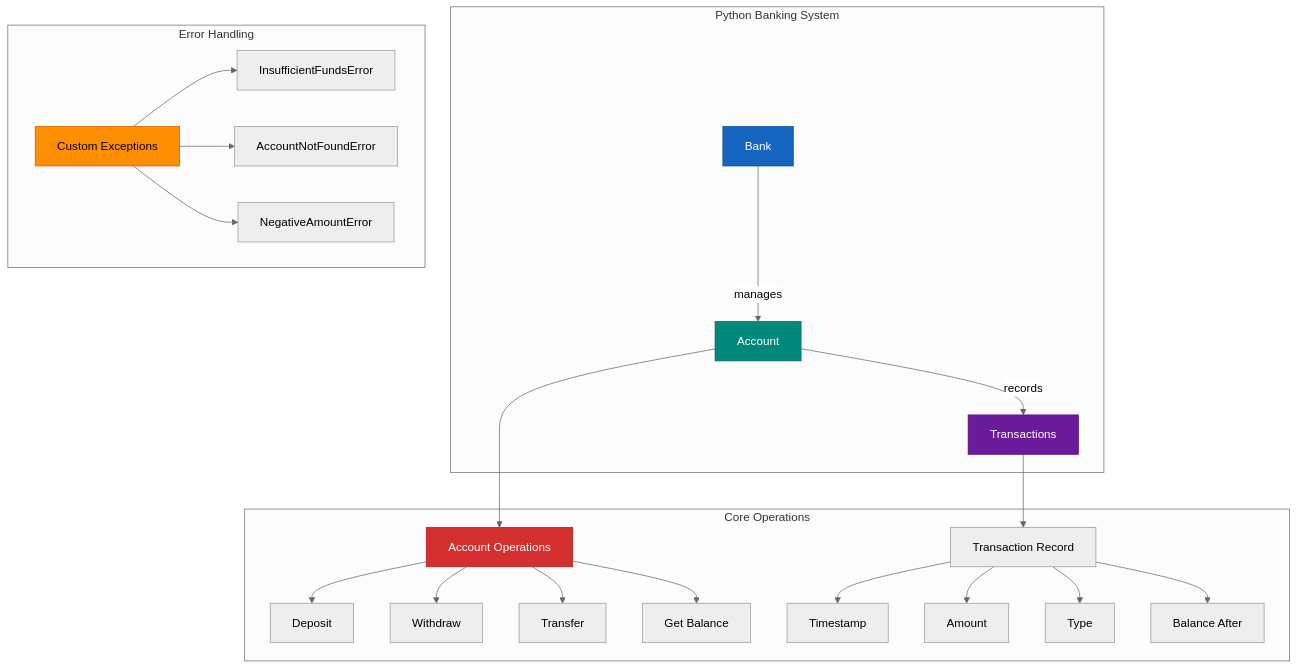
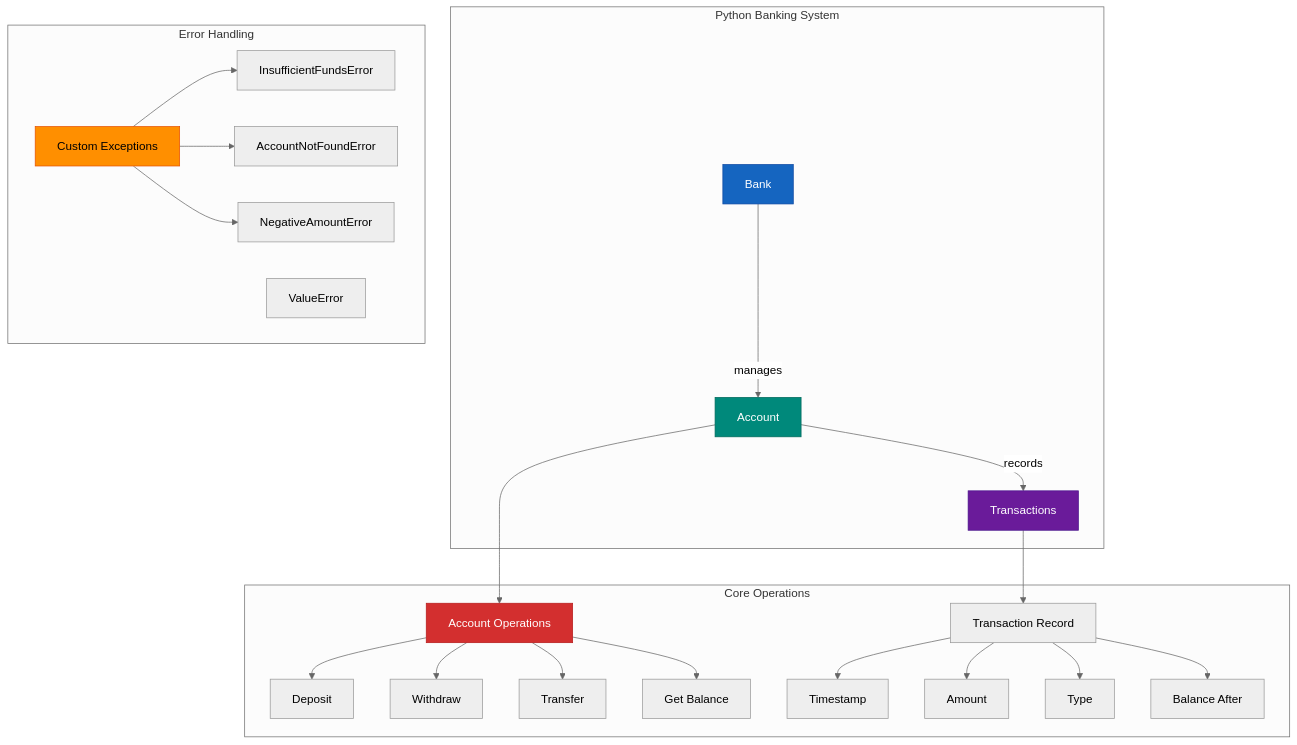
Before and after one commit to WideSu/banking_system_backend: the diagram in README.md, drawn with Mermaid (neutral theme).

Commit message:
Add valueerror

````diff
--- a/README.md
+++ b/README.md
@@ -17,38 +17,39 @@
 ```mermaid
 %% System Architecture Diagram for In-Memory Banking System
 graph TD
     subgraph Python_Banking_System["Python Banking System"]
         A[Bank] -->|manages| B[Account]
         B -->|records| C[Transactions]
     end
 
     subgraph Core_Operations["Core Operations"]
         B --> D[Account Operations]
         D --> D1[Deposit]
         D --> D2[Withdraw]
         D --> D3[Transfer]
         D --> D4[Get Balance]
         C --> E[Transaction Record]
         E --> E1[Timestamp]
         E --> E2[Amount]
         E --> E3[Type]
         E --> E4[Balance After]
     end
 
     subgraph Error_Handling["Error Handling"]
         F[Custom Exceptions]
         F --> F1[InsufficientFundsError]
         F --> F2[AccountNotFoundError]
         F --> F3[NegativeAmountError]
+        G[ValueError]
     end
 
     %% Styling
     style A fill:#1565C0,stroke:#0D47A1,color:#ffffff
     style B fill:#00897B,stroke:#00695C,color:#ffffff
     style C fill:#6A1B9A,stroke:#4A148C,color:#ffffff
     style D fill:#D32F2F,stroke:#B71C1C,color:#ffffff
     style F fill:#FF8F00,stroke:#E65100,color:#000000
     
     %% Subgraph styling
     class Python_Banking_System,Core_Operations,Error_Handling fill:#f5f5f5,stroke:#bdbdbd,stroke-width:2px
 ```
````
